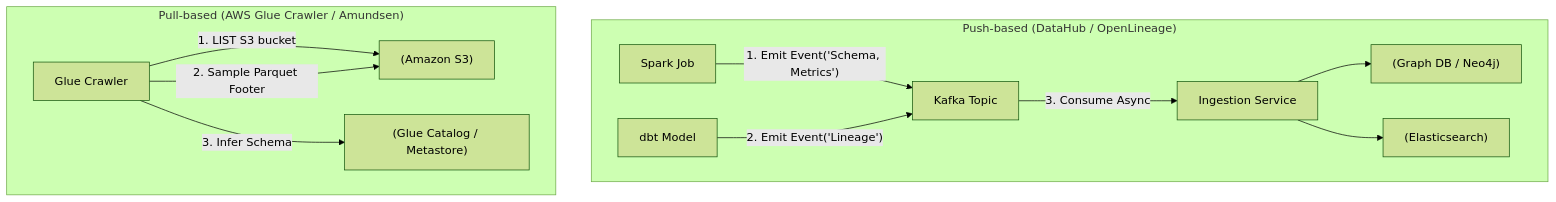
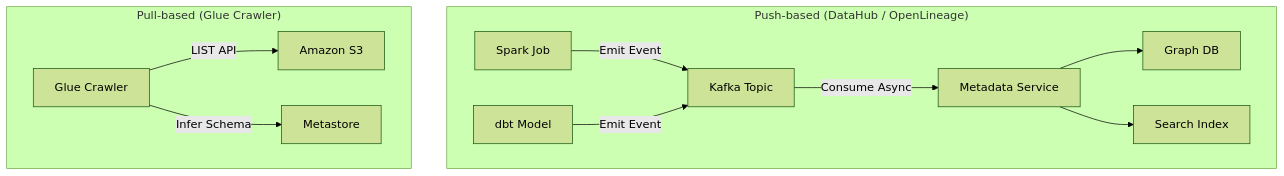
The diagram in src/content/docs/concepts/8-security-governance-finops/metadata-management.md (kythuatdulieu/kythuatdulieu.github.io), drawn with Mermaid (forest theme) before and after one commit. The commit also changed other lines of this file and 1 other file, not shown here.

Commit message:
rewrite(8-security-governance-finops): metadata-management

````diff
--- a/src/content/docs/concepts/8-security-governance-finops/metadata-management.md
+++ b/src/content/docs/concepts/8-security-governance-finops/metadata-management.md
@@ -38,16 +56,15 @@
 ```mermaid
 graph TD
-    subgraph Push_based_Architecture ["Push-based (DataHub / OpenLineage)"]
-        Spark["Spark Job"] -- "1. Emit Event('Schema, Metrics')" --> Kafka["Kafka Topic"]
-        dbt["dbt Model"] -- "2. Emit Event('Lineage')" --> Kafka
-        Kafka -- "3. Consume Async" --> Ingestion["Ingestion Service"]
-        Ingestion --> GraphDB["(Graph DB / Neo4j)"]
-        Ingestion --> SearchIndex["(Elasticsearch)"]
+    subgraph Push_based ["Push-based (DataHub / OpenLineage)"]
+        Spark["Spark Job"] -- "Emit Event" --> Kafka["Kafka Topic"]
+        dbt["dbt Model"] -- "Emit Event" --> Kafka
+        Kafka -- "Consume Async" --> GMS["Metadata Service"]
+        GMS --> GraphDB["Graph DB"]
+        GMS --> SearchIndex["Search Index"]
     end
     
-    subgraph Pull_based_Architecture ["Pull-based (AWS Glue Crawler / Amundsen)"]
-        Crawler["Glue Crawler"] -- "1. LIST S3 bucket" --> S3["(Amazon S3)"]
-        Crawler -- "2. Sample Parquet Footer" --> S3
-        Crawler -- "3. Infer Schema" --> HMS["(Glue Catalog / Metastore)"]
+    subgraph Pull_based ["Pull-based (Glue Crawler)"]
+        Crawler["Glue Crawler"] -- "LIST API" --> S3["Amazon S3"]
+        Crawler -- "Infer Schema" --> HMS["Metastore"]
     end
 ```
````
